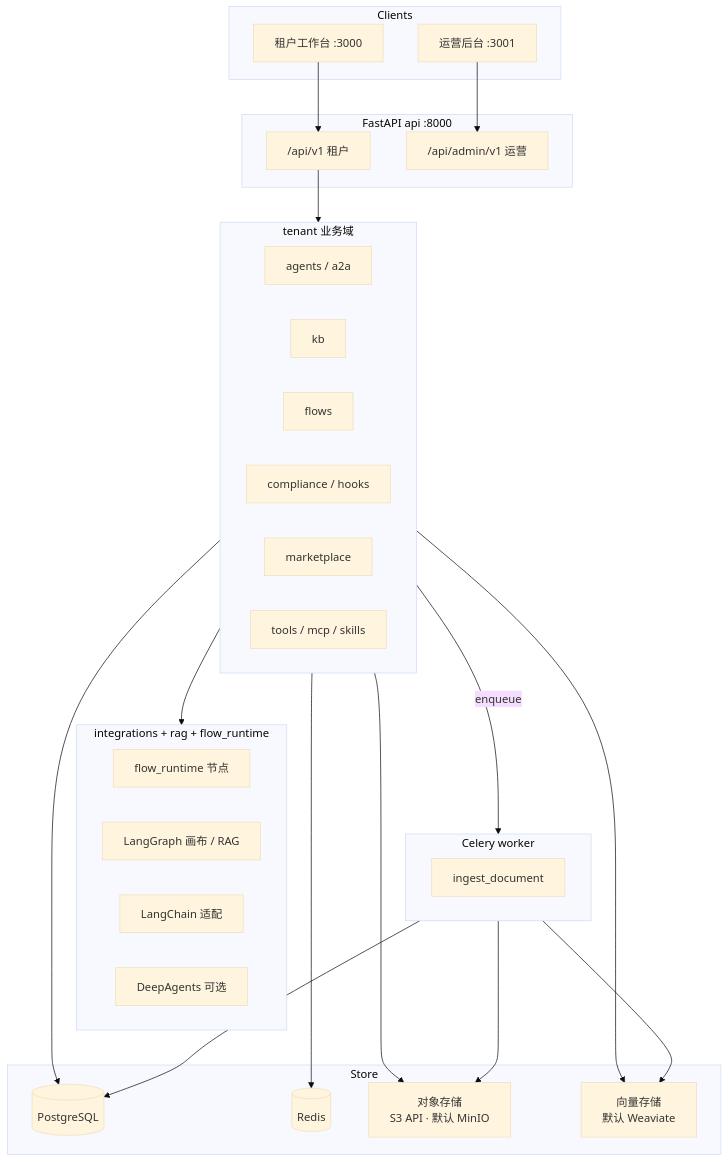
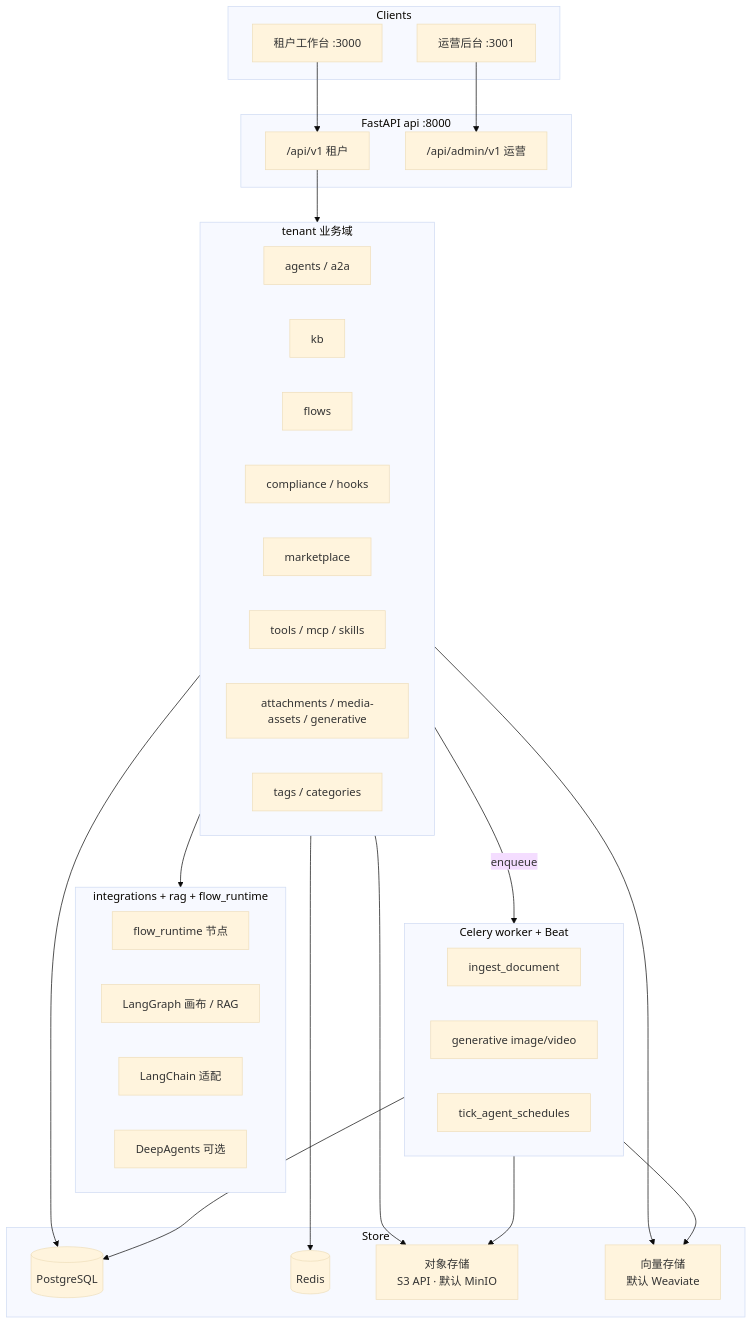
Before and after one commit to miles-ai-saas/MilesAi: the first of 3 diagrams in docs/architecture/technical-design.md, drawn with Mermaid (base theme). The commit also changed other lines of this file and 51 other files, not shown here.

````diff
--- a/docs/architecture/technical-design.md
+++ b/docs/architecture/technical-design.md
@@ -59,52 +59,56 @@
 ```mermaid
 flowchart TB
     subgraph Clients
         WEB[租户工作台 :3000]
         ADM[运营后台 :3001]
     end
 
     subgraph API["FastAPI api :8000"]
         V1["/api/v1 租户"]
         ADM_API["/api/admin/v1 运营"]
     end
 
     subgraph BL["tenant 业务域"]
         AGT[agents / a2a]
         KB[kb]
         FLW[flows]
         CMP[compliance / hooks]
         MKT[marketplace]
         TOOL[tools / mcp / skills]
+        ATT[attachments / media-assets / generative]
+        TAG[tags / categories]
     end
 
     subgraph AI["integrations + rag + flow_runtime"]
         FR[flow_runtime 节点]
         LG[LangGraph 画布 / RAG]
         LC[LangChain 适配]
         DA[DeepAgents 可选]
     end
 
-    subgraph Worker["Celery worker"]
+    subgraph Worker["Celery worker + Beat"]
         ING[ingest_document]
+        GEN[generative image/video]
+        SCH[tick_agent_schedules]
     end
 
     subgraph Store
         PG[(PostgreSQL)]
         RD[(Redis)]
         OBJ["对象存储<br/>S3 API · 默认 MinIO"]
         VEC["向量存储<br/>默认 Weaviate"]
     end
 
     WEB --> V1
     ADM --> ADM_API
     V1 --> BL
     BL --> AI
     BL --> PG
     BL --> RD
     BL --> OBJ
     BL --> VEC
     BL -->|enqueue| Worker
     Worker --> OBJ
     Worker --> VEC
     Worker --> PG
 ```
````
